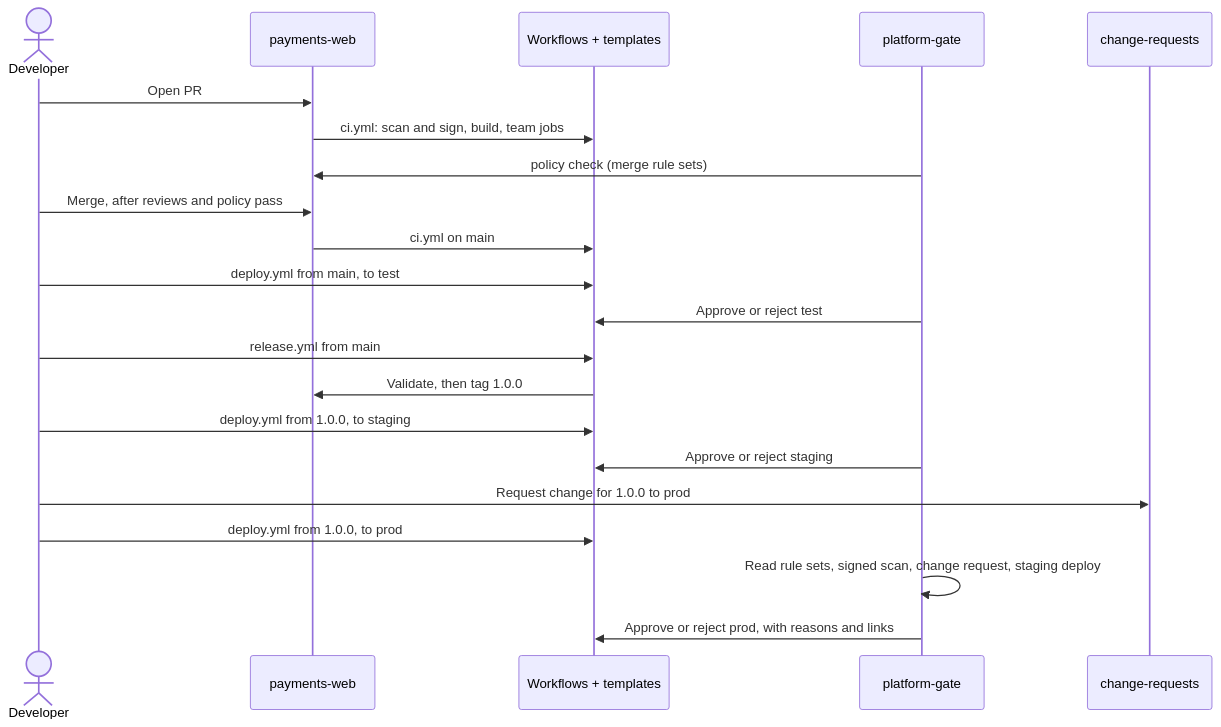
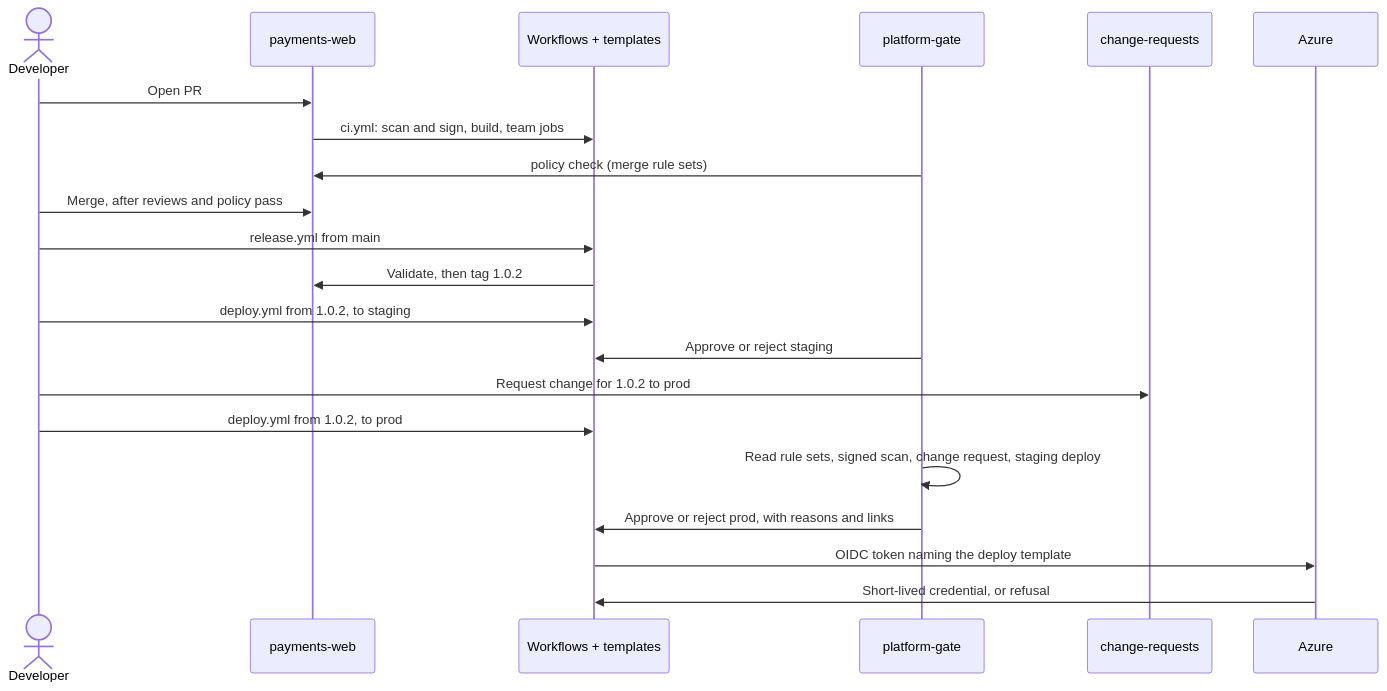
Before and after one commit to Stefan-org-1/.github: the second of 2 diagrams in profile/README.md, drawn with Mermaid. The commit also changed other lines of this file, not shown here.

First line of the commit message:
Lead the org overview with highlights, findings and the OIDC deploy

````diff
--- a/profile/README.md
+++ b/profile/README.md
@@ -105,24 +134,24 @@
 ```mermaid
 sequenceDiagram
   actor Dev as Developer
   participant Repo as payments-web
   participant CI as Workflows + templates
   participant Gate as platform-gate
   participant CR as change-requests
+  participant AZ as Azure
 
   Dev->>Repo: Open PR
   Repo->>CI: ci.yml: scan and sign, build, team jobs
   Gate->>Repo: policy check (merge rule sets)
   Dev->>Repo: Merge, after reviews and policy pass
-  Repo->>CI: ci.yml on main
-  Dev->>CI: deploy.yml from main, to test
-  Gate->>CI: Approve or reject test
   Dev->>CI: release.yml from main
-  CI->>Repo: Validate, then tag 1.0.0
-  Dev->>CI: deploy.yml from 1.0.0, to staging
+  CI->>Repo: Validate, then tag 1.0.2
+  Dev->>CI: deploy.yml from 1.0.2, to staging
   Gate->>CI: Approve or reject staging
-  Dev->>CR: Request change for 1.0.0 to prod
-  Dev->>CI: deploy.yml from 1.0.0, to prod
+  Dev->>CR: Request change for 1.0.2 to prod
+  Dev->>CI: deploy.yml from 1.0.2, to prod
   Gate->>Gate: Read rule sets, signed scan, change request, staging deploy
   Gate->>CI: Approve or reject prod, with reasons and links
+  CI->>AZ: OIDC token naming the deploy template
+  AZ->>CI: Short-lived credential, or refusal
 ```
````
